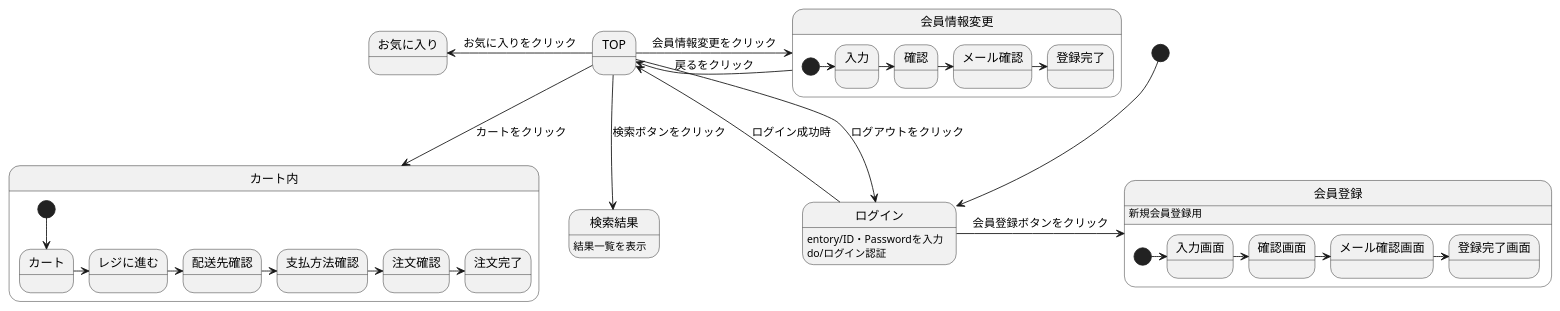
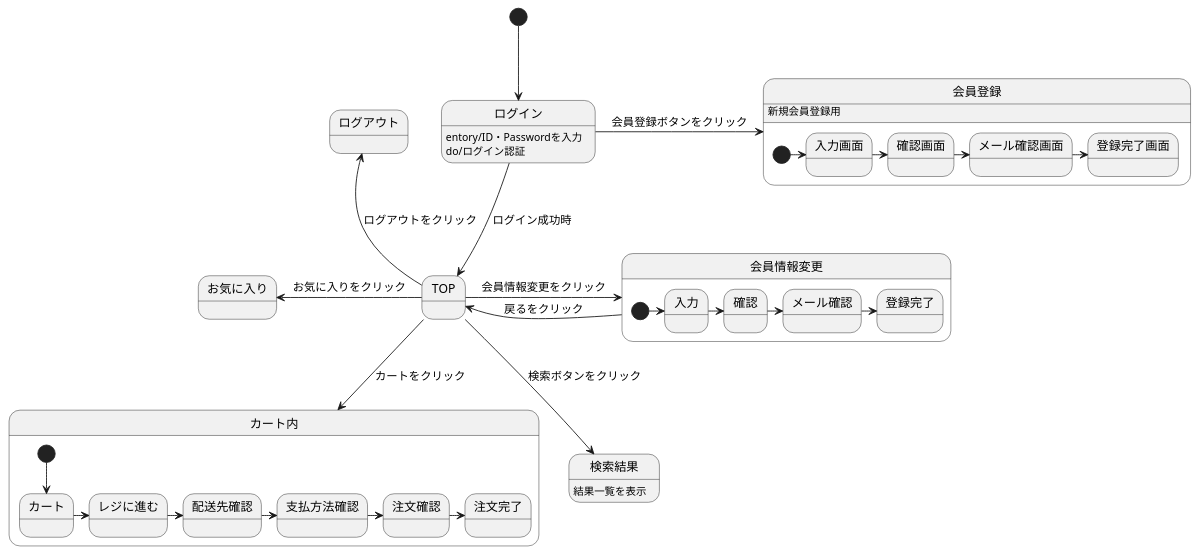
The diagram in チーム開発/画面遷移.md (Aso2101121/2021sys-design-2), drawn with PlantUML before and after one commit.

````diff
--- a/チーム開発/画面遷移.md
+++ b/チーム開発/画面遷移.md
@@ -1,42 +1,42 @@
 ```uml
 @startuml
 [*]      -down->   ログイン 
 ログイン  -down->   TOP: ログイン成功時
 ログイン: entory/ID・Passwordを入力
 ログイン: do/ログイン認証
 ログイン  -right->   会員登録: 会員登録ボタンをクリック
 会員登録: 新規会員登録用
 TOP      -right->   会員情報変更: 会員情報変更をクリック
 会員情報変更  ->    TOP: 戻るをクリック
 TOP       -down->  カート内: カートをクリック
-TOP       -->    ログイン: ログアウトをクリック
+TOP       -up->    ログアウト: ログアウトをクリック
 TOP       -left->  お気に入り: お気に入りをクリック
 TOP      -down->   検索結果: 検索ボタンをクリック
 検索結果: 結果一覧を表示
 
 
 state 会員登録{
  [*]     ->  入力画面
  入力画面     ->  確認画面
  確認画面    ->  メール確認画面
  メール確認画面 -> 登録完了画面
 }
 
 state 会員情報変更{
  [*]     ->  入力
  入力     ->  確認
  確認     ->  メール確認
  メール確認 -> 登録完了
 }
 
 state カート内{
  [*]    -->    カート
  カート  ->    レジに進む
  レジに進む  ->  配送先確認
  配送先確認 ->   支払方法確認
  支払方法確認 -> 注文確認
  注文確認 ->  注文完了
 }
 
 @enduml
 ```
````
